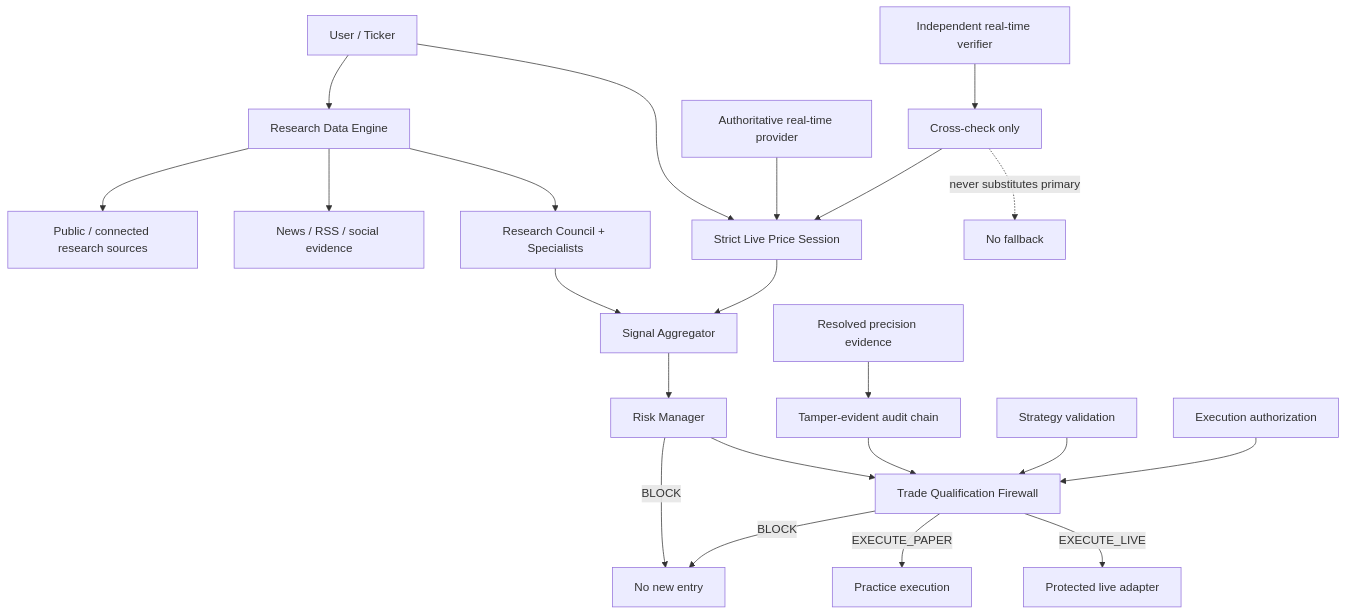
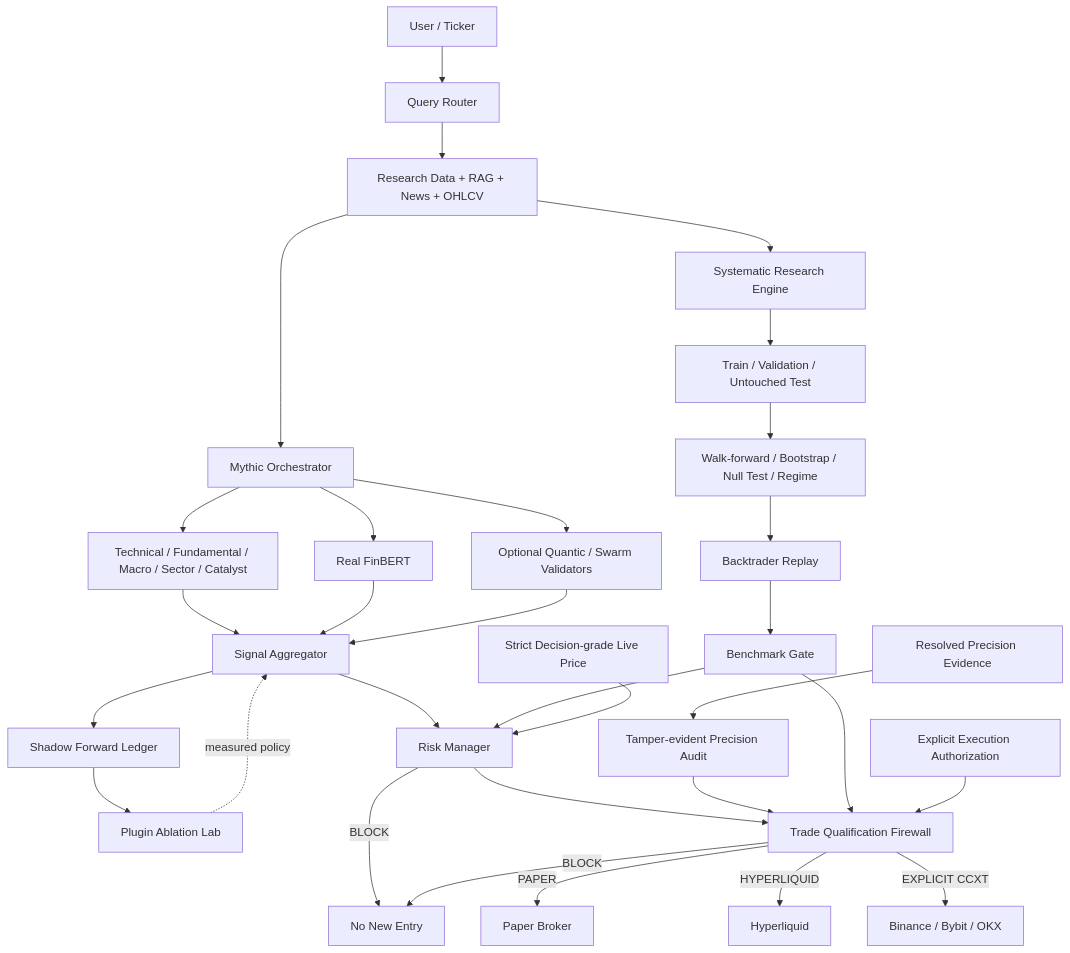
The diagram in README.md (logeshv586-code/AITradra), drawn with Mermaid before and after one commit. The commit also changed other lines of this file, not shown here.

Commit message:
docs: update README for trading accuracy architecture

````diff
--- a/README.md
+++ b/README.md
@@ -76,30 +84,43 @@
 ```mermaid
 flowchart TD
     U[User / Ticker]
 
-    U --> RD[Research Data Engine]
-    RD --> PUB[Public / connected research sources]
-    RD --> NEWS[News / RSS / social evidence]
-    RD --> RES[Research Council + Specialists]
+    U --> Q[Query Router]
+    Q --> DATA[Research Data + RAG + News + OHLCV]
+    DATA --> MYTHIC[Mythic Orchestrator]
 
-    U --> LP[Strict Live Price Session]
-    P1[Authoritative real-time provider] --> LP
-    P2[Independent real-time verifier] --> V[Cross-check only]
-    V --> LP
-    V -. never substitutes primary .-> X[No fallback]
+    MYTHIC --> TECH[Technical / Fundamental / Macro / Sector / Catalyst]
+    MYTHIC --> FIN[Real FinBERT]
+    MYTHIC --> OPT[Optional Quantic / Swarm Validators]
 
-    RES --> SA[Signal Aggregator]
-    LP --> SA
-    SA --> RM[Risk Manager]
-    RM -->|BLOCK| STOP[No new entry]
-    RM --> Q[Trade Qualification Firewall]
+    TECH --> SIG[Signal Aggregator]
+    FIN --> SIG
+    OPT --> SIG
 
-    PS[Resolved precision evidence] --> AUDIT[Tamper-evident audit chain]
-    AUDIT --> Q
-    SV[Strategy validation] --> Q
-    AUTH[Execution authorization] --> Q
+    SIG --> SHADOW[Shadow Forward Ledger]
+    SHADOW --> ABL[Plugin Ablation Lab]
+    ABL -. measured policy .-> SIG
 
-    Q -->|EXECUTE_PAPER| PAPER[Practice execution]
-    Q -->|EXECUTE_LIVE| LIVE[Protected live adapter]
-    Q -->|BLOCK| STOP
+    DATA --> SYS[Systematic Research Engine]
+    SYS --> ROB[Train / Validation / Untouched Test]
+    ROB --> STAT[Walk-forward / Bootstrap / Null Test / Regime]
+    STAT --> BT[Backtrader Replay]
+    BT --> BM[Benchmark Gate]
+
+    SIG --> RM[Risk Manager]
+    BM --> RM
+
+    LIVEPRICE[Strict Decision-grade Live Price] --> RM
+    RM -->|BLOCK| STOP[No New Entry]
+    RM --> QF[Trade Qualification Firewall]
+
+    PREC[Resolved Precision Evidence] --> AUDIT[Tamper-evident Precision Audit]
+    AUDIT --> QF
+    BM --> QF
+    AUTH[Explicit Execution Authorization] --> QF
+
+    QF -->|PAPER| PAPER[Paper Broker]
+    QF -->|HYPERLIQUID| HL[Hyperliquid]
+    QF -->|EXPLICIT CCXT| CCXT[Binance / Bybit / OKX]
+    QF -->|BLOCK| STOP
 ```
````
